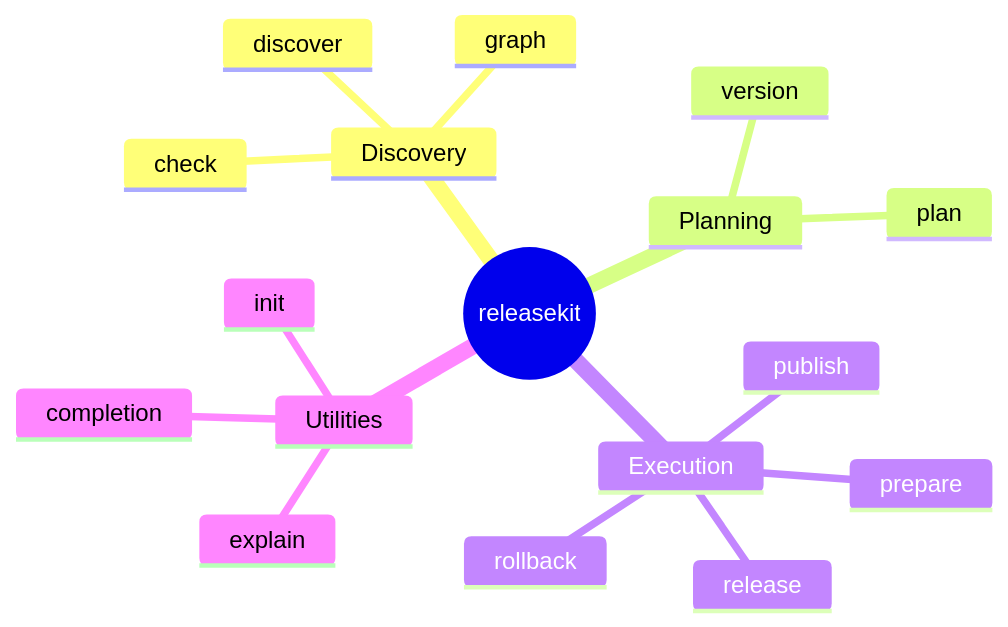
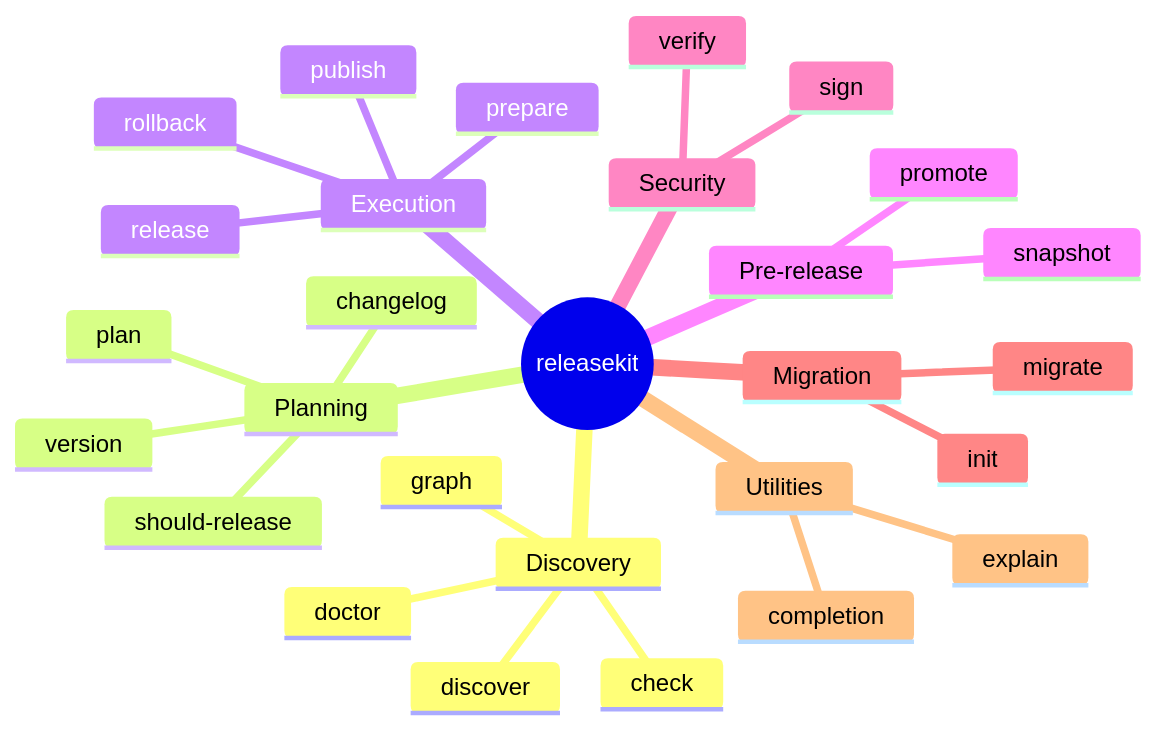
The first of 2 diagrams in tools/releasekit/docs/docs/reference/cli.md (genkit-ai/genkit-python), drawn with Mermaid before and after one commit. The commit also changed other lines of this file and 208 other files, not shown here.

````diff
--- a/tools/releasekit/docs/docs/reference/cli.md
+++ b/tools/releasekit/docs/docs/reference/cli.md
@@ -14,20 +14,31 @@
 ```mermaid
 mindmap
   root((releasekit))
     Discovery
       discover
       graph
       check
+      doctor
     Planning
       plan
       version
+      should-release
+      changelog
     Execution
       publish
       prepare
       release
       rollback
+    Pre-release
+      snapshot
+      promote
+    Security
+      sign
+      verify
+    Migration
+      init
+      migrate
     Utilities
-      init
       explain
       completion
 ```
````
